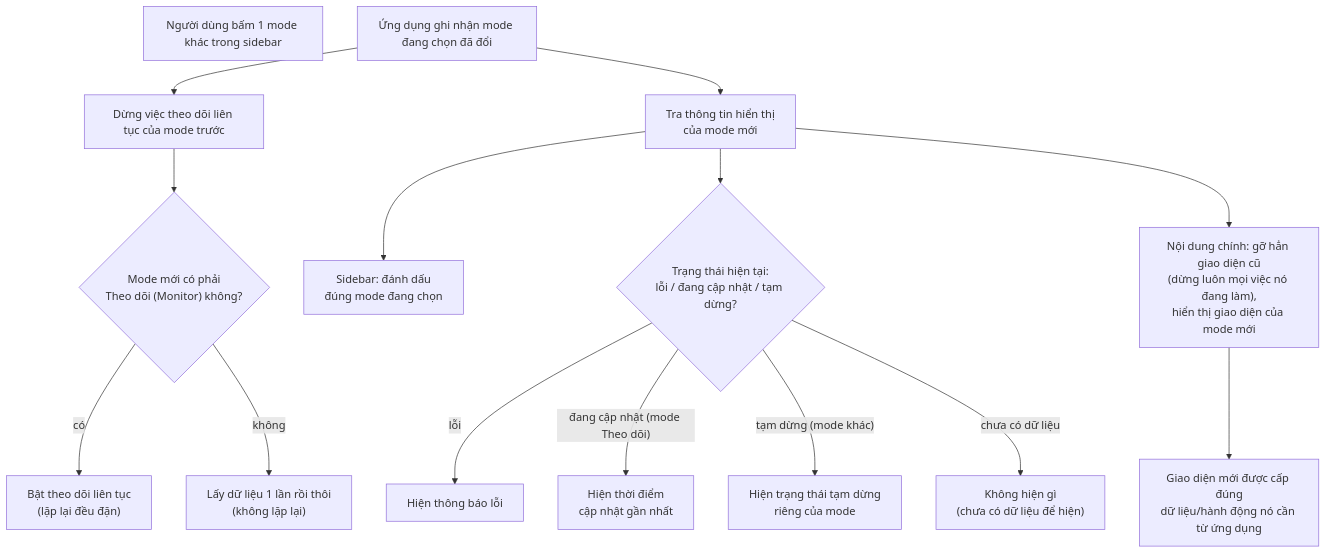
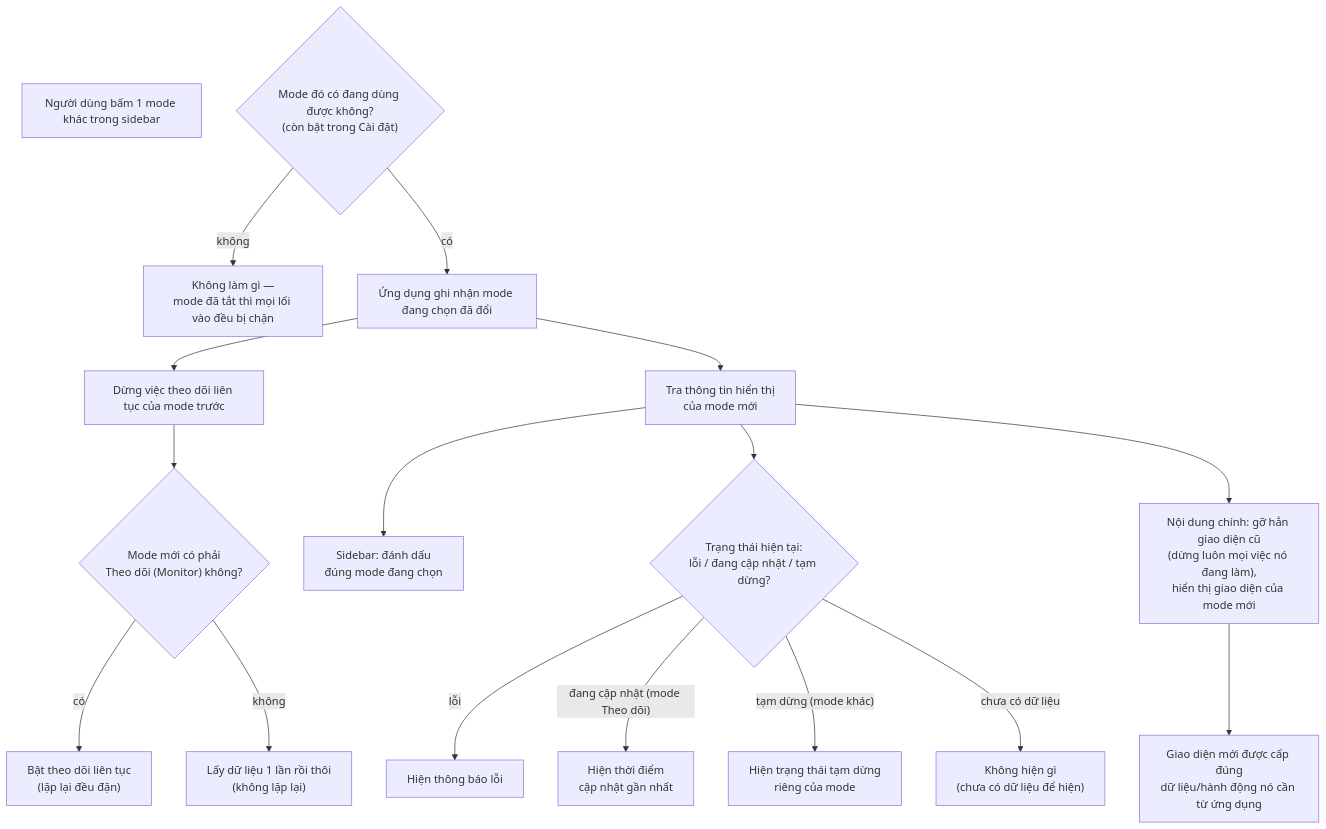
The second of 2 diagrams in docs/diagram/IoC.md (naut1402/agent-workflow), drawn with Mermaid before and after one commit. The commit also changed other lines of this file and 407 other files, not shown here.

````diff
--- a/docs/diagram/IoC.md
+++ b/docs/diagram/IoC.md
@@ -69,33 +70,37 @@
 ```mermaid
 flowchart TD
     click["Người dùng bấm 1 mode khác trong sidebar"]
+    gate{"Mode đó có đang dùng được không?<br/>(còn bật trong Cài đặt)"}
+    denied["Không làm gì —<br/>mode đã tắt thì mọi lối vào đều bị chặn"]
     setMode["Ứng dụng ghi nhận mode đang chọn đã đổi"]
     stopOld["Dừng việc theo dõi liên tục của mode trước"]
     pollBranch{"Mode mới có phải<br/>Theo dõi (Monitor) không?"}
     startLive["Bật theo dõi liên tục<br/>(lặp lại đều đặn)"]
     pollOnce["Lấy dữ liệu 1 lần rồi thôi<br/>(không lặp lại)"]
     lookup["Tra thông tin hiển thị<br/>của mode mới"]
     sidebarUpdate["Sidebar: đánh dấu<br/>đúng mode đang chọn"]
     statusBranch{"Trạng thái hiện tại:<br/>lỗi / đang cập nhật / tạm dừng?"}
     showErr["Hiện thông báo lỗi"]
     showLive["Hiện thời điểm<br/>cập nhật gần nhất"]
     showPaused["Hiện trạng thái tạm dừng<br/>riêng của mode"]
     showNothing["Không hiện gì<br/>(chưa có dữ liệu để hiện)"]
     panelSwitch["Nội dung chính: gỡ hẳn giao diện cũ<br/>(dừng luôn mọi việc nó đang làm),<br/>hiển thị giao diện của mode mới"]
     freshData["Giao diện mới được cấp đúng<br/>dữ liệu/hành động nó cần từ ứng dụng"]
 
-    click --> setMode
+    click --> gate
+    gate -->|không| denied
+    gate -->|có| setMode
     setMode --> stopOld --> pollBranch
     pollBranch -->|có| startLive
     pollBranch -->|không| pollOnce
 
     setMode --> lookup
     lookup --> sidebarUpdate
     lookup --> statusBranch
     statusBranch -->|lỗi| showErr
     statusBranch -->|"đang cập nhật (mode Theo dõi)"| showLive
     statusBranch -->|"tạm dừng (mode khác)"| showPaused
     statusBranch -->|"chưa có dữ liệu"| showNothing
 
     lookup --> panelSwitch --> freshData
 ```
````
